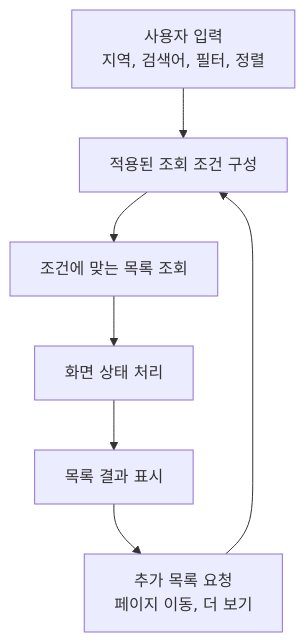
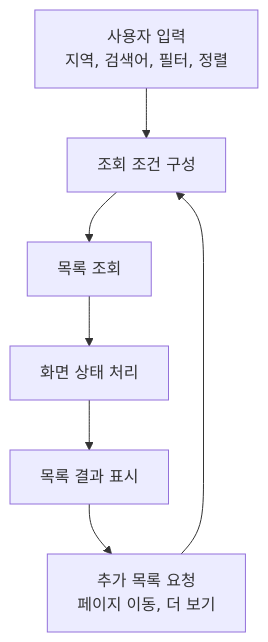
The fourth of 4 diagrams in README.md (doitdso753/carrot-client-clone), drawn with Mermaid before and after one commit. The commit also changed other lines of this file, not shown here.

````diff
--- a/README.md
+++ b/README.md
@@ -115,16 +115,16 @@
 ```mermaid
 flowchart TB
     Input["사용자 입력<br/>지역, 검색어, 필터, 정렬"]
-    Params["적용된 조회 조건 구성"]
-    Fetch["조건에 맞는 목록 조회"]
+    Params["조회 조건 구성"]
+    Fetch["목록 조회"]
     State["화면 상태 처리"]
     View["목록 결과 표시"]
     Next["추가 목록 요청<br/>페이지 이동, 더 보기"]
 
     Input --> Params
     Params --> Fetch
     Fetch --> State
     State --> View
     View --> Next
     Next --> Params
 ```
````
